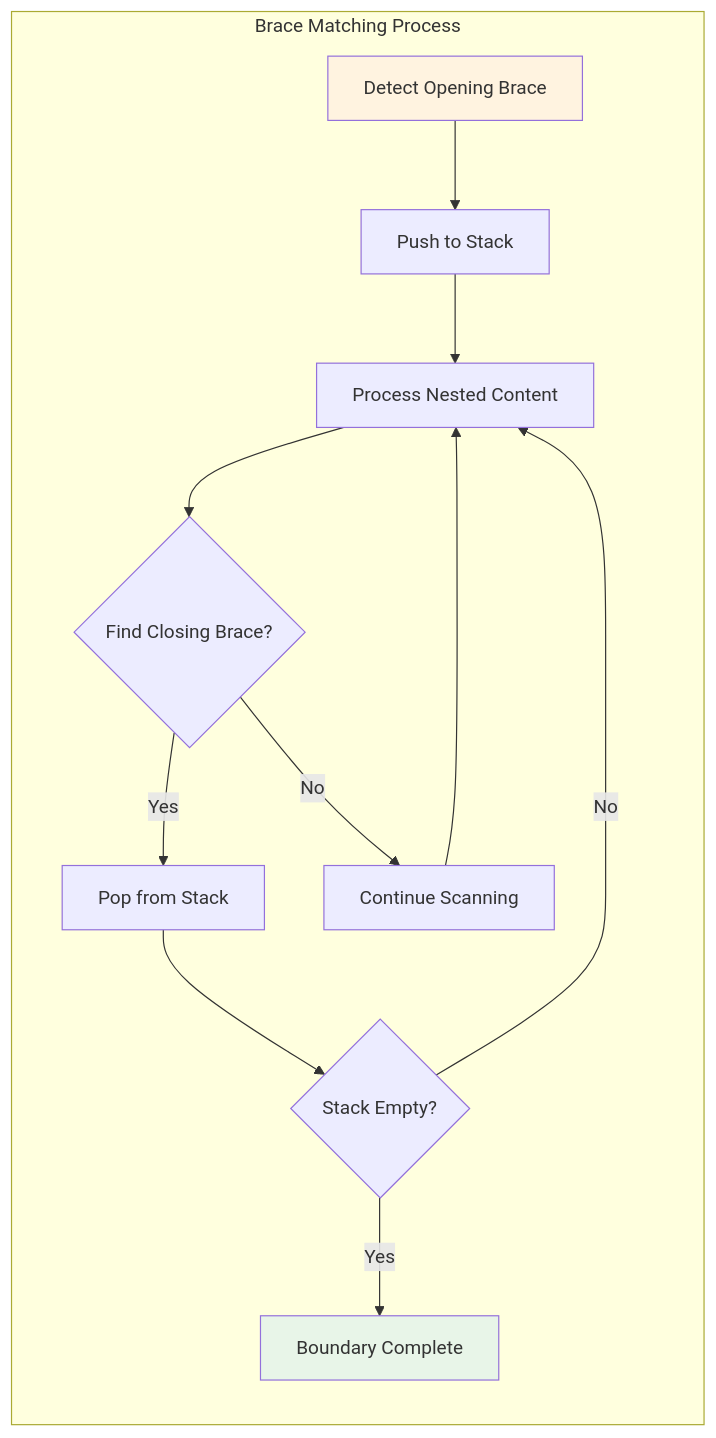
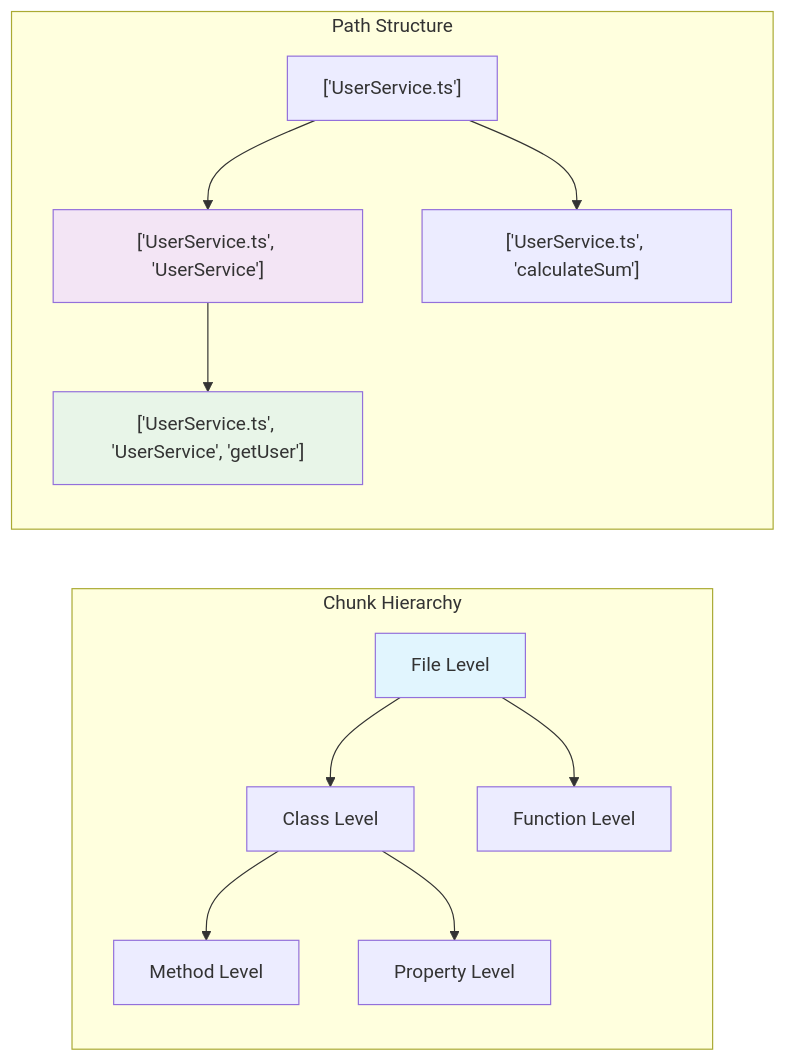
The second of 6 diagrams in docs/source-code-splitter.md (arabold/docs-mcp-server), drawn with Mermaid before and after one commit. The commit also changed other lines of this file and 2 other files, not shown here.

````diff
--- a/docs/source-code-splitter.md
+++ b/docs/source-code-splitter.md
@@ -129,17 +107,19 @@
 ```mermaid
 graph LR
-    subgraph "Brace Matching Process"
-        A[Detect Opening Brace] --> B[Push to Stack]
-        B --> C[Process Nested Content]
-        C --> D{Find Closing Brace?}
-        D -->|Yes| E[Pop from Stack]
-        D -->|No| F[Continue Scanning]
-        F --> C
-        E --> G{Stack Empty?}
-        G -->|Yes| H[Boundary Complete]
-        G -->|No| C
+    subgraph "Chunk Hierarchy"
+        A[File Level] --> B[Class Level]
+        B --> C[Method Level]
+        A --> D[Function Level]
+        B --> E[Property Level]
     end
 
-    style A fill:#fff3e0
+    subgraph "Path Structure"
+        F["['UserService.ts']"] --> G["['UserService.ts', 'UserService']"]
+        G --> H["['UserService.ts', 'UserService', 'getUser']"]
+        F --> I["['UserService.ts', 'calculateSum']"]
+    end
+
+    style A fill:#e1f5fe
+    style G fill:#f3e5f5
     style H fill:#e8f5e8
 ```
````
